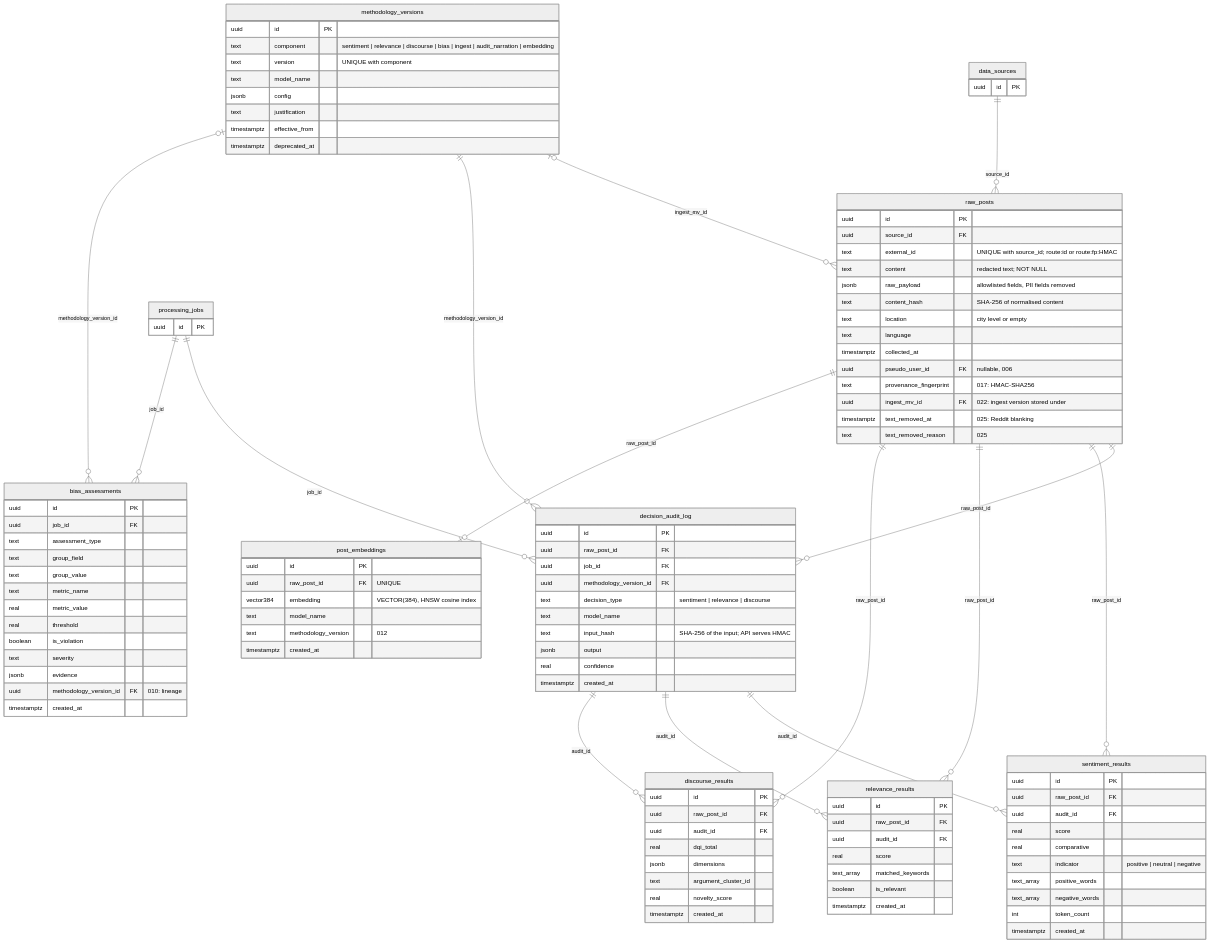
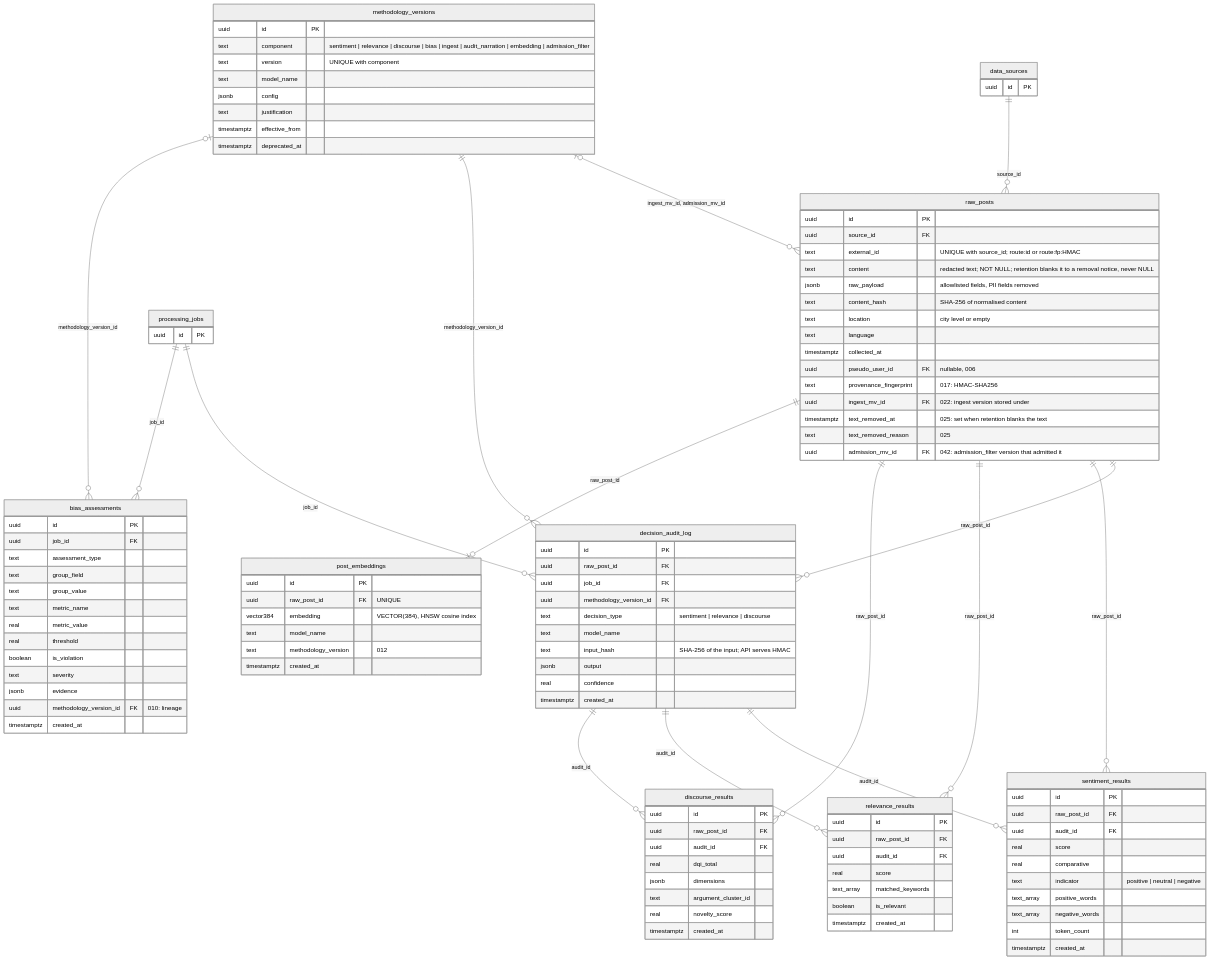
One commit to jennifer-mckinney/pulse-of-ai changed the diagram in docs/diagrams/data/erd-2-posts-scores-audit.mmd. Above: the diagram before and after it, drawn with Mermaid (neutral theme). The commit also changed 35 other files, not shown here.

First line of the commit message:
Update architecture, sequence, class and ER diagrams for PR #22

```diff
--- a/docs/diagrams/data/erd-2-posts-scores-audit.mmd
+++ b/docs/diagrams/data/erd-2-posts-scores-audit.mmd
@@ -1,127 +1,128 @@
-%% Title: Data model 2 of 3 · posts, scores, audit trail, bias
+%% Title: Data model 2 of 4 · posts, scores, audit trail, bias
 %% Summary: The immutable post, its three per-post scores, the decision audit log that ties every score to a registered methodology version, the embedding, and the job-level bias assessments.
-%% Sources: src/db/migrations/001, 002, 003, 004, 006, 010, 012, 017, 022, 025. Spec: TECHNICAL_SPEC.md sections 6 and 10 (the explainability chain). data_sources and processing_jobs are shown with their keys only (full columns in data model 1).
+%% Sources: src/db/migrations/001, 002, 003, 004, 006, 010, 012, 017, 022, 025, 042; src/pipeline/ingest.js (insert), src/collectors/retention.js (blanking), src/config/methodology-registry.js (components). The rolling-window bias tables (060) are in data model 4. Spec: TECHNICAL_SPEC.md sections 6 and 10 (the explainability chain). data_sources and processing_jobs are shown with their keys only (full columns in data model 1).
 erDiagram
 
   raw_posts {
     uuid id PK
     uuid source_id FK
     text external_id "UNIQUE with source_id; route:id or route:fp:HMAC"
-    text content "redacted text; NOT NULL"
+    text content "redacted text; NOT NULL; retention blanks it to a removal notice, never NULL"
     jsonb raw_payload "allowlisted fields, PII fields removed"
     text content_hash "SHA-256 of normalised content"
     text location "city level or empty"
     text language
     timestamptz collected_at
     uuid pseudo_user_id FK "nullable, 006"
     text provenance_fingerprint "017: HMAC-SHA256"
     uuid ingest_mv_id FK "022: ingest version stored under"
-    timestamptz text_removed_at "025: Reddit blanking"
+    timestamptz text_removed_at "025: set when retention blanks the text"
     text text_removed_reason "025"
+    uuid admission_mv_id FK "042: admission_filter version that admitted it"
   }
 
   decision_audit_log {
     uuid id PK
     uuid raw_post_id FK
     uuid job_id FK
     uuid methodology_version_id FK
     text decision_type "sentiment | relevance | discourse"
     text model_name
     text input_hash "SHA-256 of the input; API serves HMAC"
     jsonb output
     real confidence
     timestamptz created_at
   }
 
   methodology_versions {
     uuid id PK
-    text component "sentiment | relevance | discourse | bias | ingest | audit_narration | embedding"
+    text component "sentiment | relevance | discourse | bias | ingest | audit_narration | embedding | admission_filter"
     text version "UNIQUE with component"
     text model_name
     jsonb config
     text justification
     timestamptz effective_from
     timestamptz deprecated_at
   }
 
   sentiment_results {
     uuid id PK
     uuid raw_post_id FK
     uuid audit_id FK
     real score
     real comparative
     text indicator "positive | neutral | negative"
     text_array positive_words
     text_array negative_words
     int token_count
     timestamptz created_at
   }
 
   relevance_results {
     uuid id PK
     uuid raw_post_id FK
     uuid audit_id FK
     real score
     text_array matched_keywords
     boolean is_relevant
     timestamptz created_at
   }
 
   discourse_results {
     uuid id PK
     uuid raw_post_id FK
     uuid audit_id FK
     real dqi_total
     jsonb dimensions
     text argument_cluster_id
     real novelty_score
     timestamptz created_at
   }
 
   post_embeddings {
     uuid id PK
     uuid raw_post_id FK "UNIQUE"
     vector384 embedding "VECTOR(384), HNSW cosine index"
     text model_name
     text methodology_version "012"
     timestamptz created_at
   }
 
   bias_assessments {
     uuid id PK
     uuid job_id FK
     text assessment_type
     text group_field
     text group_value
     text metric_name
     real metric_value
     real threshold
     boolean is_violation
     text severity
     jsonb evidence
     uuid methodology_version_id FK "010: lineage"
     timestamptz created_at
   }
 
   data_sources {
     uuid id PK
   }
 
   processing_jobs {
     uuid id PK
   }
 
   data_sources ||--o{ raw_posts : "source_id"
-  methodology_versions |o--o{ raw_posts : "ingest_mv_id"
+  methodology_versions |o--o{ raw_posts : "ingest_mv_id, admission_mv_id"
   raw_posts ||--o{ decision_audit_log : "raw_post_id"
   processing_jobs ||--o{ decision_audit_log : "job_id"
   methodology_versions ||--o{ decision_audit_log : "methodology_version_id"
   raw_posts ||--o{ sentiment_results : "raw_post_id"
   raw_posts ||--o{ relevance_results : "raw_post_id"
   raw_posts ||--o{ discourse_results : "raw_post_id"
   decision_audit_log ||--o{ sentiment_results : "audit_id"
   decision_audit_log ||--o{ relevance_results : "audit_id"
   decision_audit_log ||--o{ discourse_results : "audit_id"
   raw_posts ||--o| post_embeddings : "raw_post_id"
   processing_jobs ||--o{ bias_assessments : "job_id"
   methodology_versions |o--o{ bias_assessments : "methodology_version_id"
```
